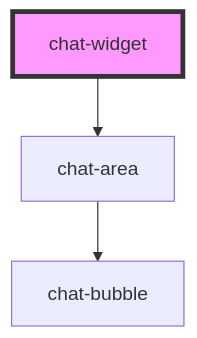
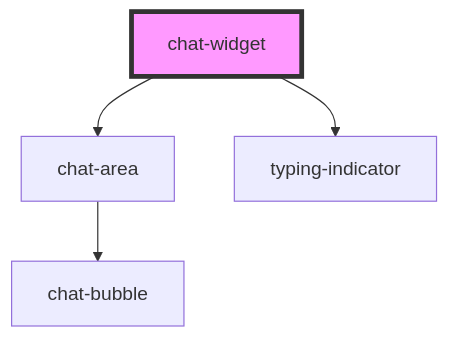
The diagram in src/components/chat-widget/readme.md (joy-dey/juno), drawn with Mermaid before and after one commit. The commit also changed other lines of this file and 3 other files, not shown here.

Commit message:
docs: add doc for typing indicator component and update old docs

````diff
--- a/src/components/chat-widget/readme.md
+++ b/src/components/chat-widget/readme.md
@@ -15,6 +23,7 @@
 ```mermaid
 graph TD;
   chat-widget --> chat-area
+  chat-widget --> typing-indicator
   chat-area --> chat-bubble
   style chat-widget fill:#f9f,stroke:#333,stroke-width:4px
 ```
````
